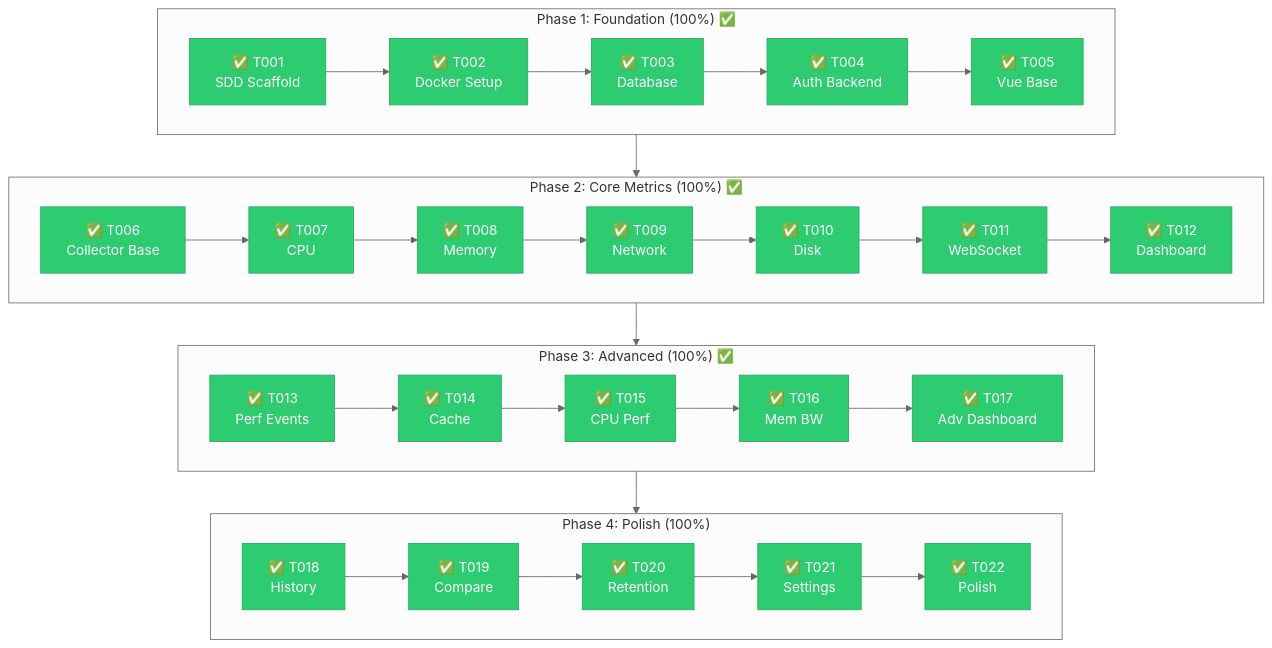
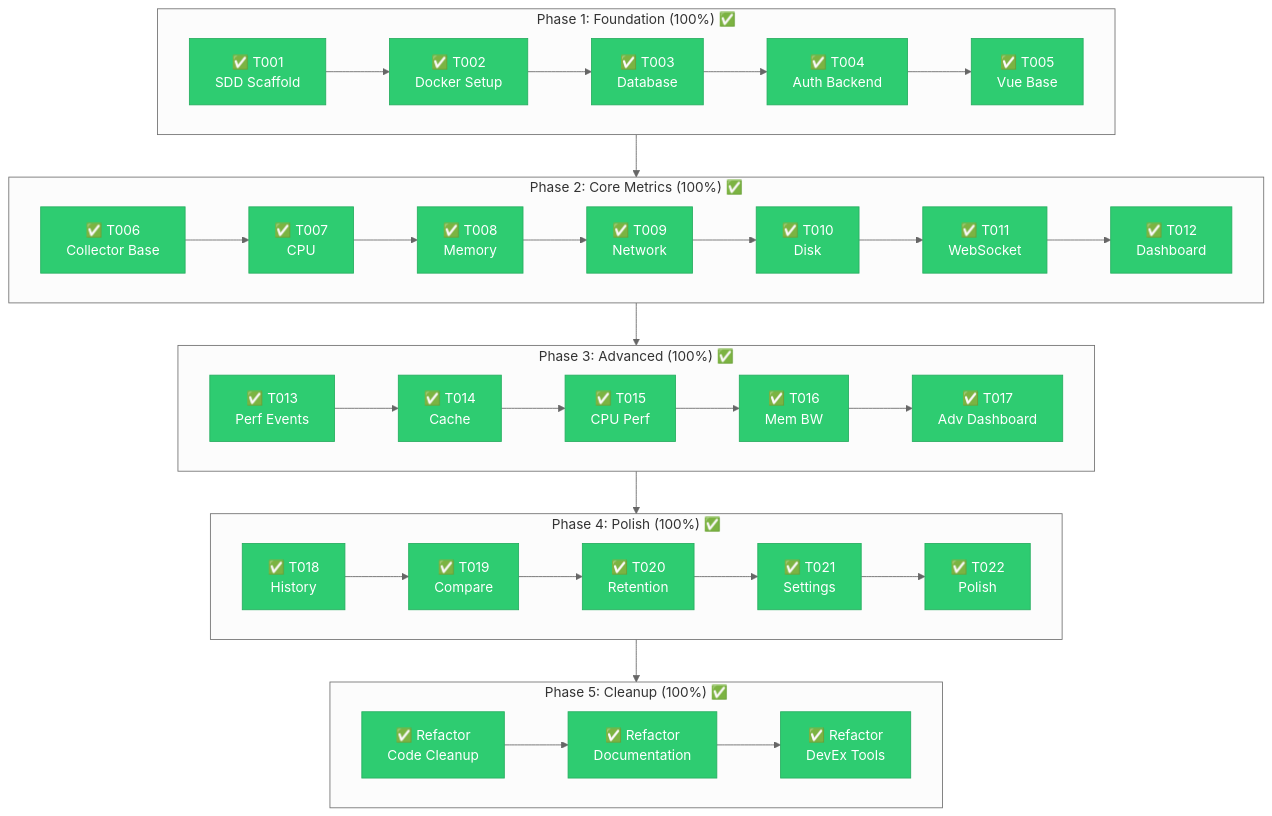
One commit to zhyndalf/perfwatch changed the diagram in README.md. Above: the diagram before and after it, drawn with Mermaid (neutral theme). The commit also changed other lines of this file and 6 other files, not shown here.

First line of the commit message:
docs: update documentation to reflect Phase 5 cleanup completion

````diff
--- a/README.md
+++ b/README.md
@@ -19,49 +24,56 @@
 ```mermaid
 flowchart TB
     subgraph P1["Phase 1: Foundation (100%) ✅"]
         T001["✅ T001<br/>SDD Scaffold"]
         T002["✅ T002<br/>Docker Setup"]
         T003["✅ T003<br/>Database"]
         T004["✅ T004<br/>Auth Backend"]
         T005["✅ T005<br/>Vue Base"]
         T001 --> T002 --> T003 --> T004 --> T005
     end
 
     subgraph P2["Phase 2: Core Metrics (100%) ✅"]
         T006["✅ T006<br/>Collector Base"]
         T007["✅ T007<br/>CPU"]
         T008["✅ T008<br/>Memory"]
         T009["✅ T009<br/>Network"]
         T010["✅ T010<br/>Disk"]
         T011["✅ T011<br/>WebSocket"]
         T012["✅ T012<br/>Dashboard"]
         T006 --> T007 --> T008 --> T009 --> T010 --> T011 --> T012
     end
 
     subgraph P3["Phase 3: Advanced (100%) ✅"]
         T013["✅ T013<br/>Perf Events"]
         T014["✅ T014<br/>Cache"]
         T015["✅ T015<br/>CPU Perf"]
         T016["✅ T016<br/>Mem BW"]
         T017["✅ T017<br/>Adv Dashboard"]
         T013 --> T014 --> T015 --> T016 --> T017
     end
 
-    subgraph P4["Phase 4: Polish (100%)"]
+    subgraph P4["Phase 4: Polish (100%) ✅"]
         T018["✅ T018<br/>History"]
         T019["✅ T019<br/>Compare"]
         T020["✅ T020<br/>Retention"]
         T021["✅ T021<br/>Settings"]
         T022["✅ T022<br/>Polish"]
         T018 --> T019 --> T020 --> T021 --> T022
     end
 
-    P1 --> P2 --> P3 --> P4
+    subgraph P5["Phase 5: Cleanup (100%) ✅"]
+        R001["✅ Refactor<br/>Code Cleanup"]
+        R002["✅ Refactor<br/>Documentation"]
+        R003["✅ Refactor<br/>DevEx Tools"]
+        R001 --> R002 --> R003
+    end
+
+    P1 --> P2 --> P3 --> P4 --> P5
 
     %% Styles
     classDef done fill:#2ecc71,stroke:#27ae60,color:#fff
     classDef progress fill:#f39c12,stroke:#e67e22,color:#fff
     classDef todo fill:#95a5a6,stroke:#7f8c8d,color:#fff
 
-    class T001,T002,T003,T004,T005,T006,T007,T008,T009,T010,T011,T012,T013,T014,T015,T016,T017,T018,T019,T020,T021,T022 done
+    class T001,T002,T003,T004,T005,T006,T007,T008,T009,T010,T011,T012,T013,T014,T015,T016,T017,T018,T019,T020,T021,T022,R001,R002,R003 done
 ```
````
